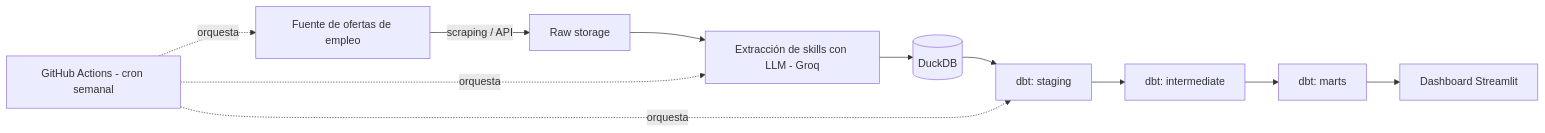
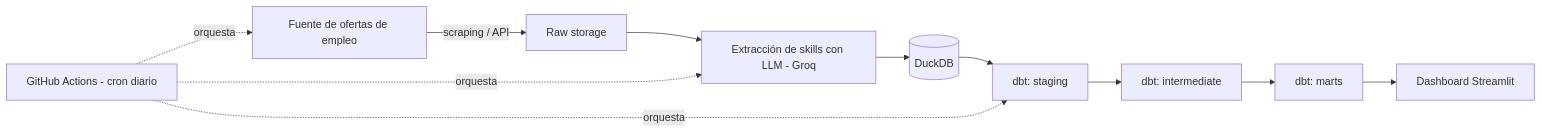
The diagram in docs/architecture.md (maar11-dev/DevRadar), drawn with Mermaid before and after one commit. The commit also changed other lines of this file and 7 other files, not shown here.

````diff
--- a/docs/architecture.md
+++ b/docs/architecture.md
@@ -9,13 +9,13 @@
 ```mermaid
 flowchart LR
     A[Fuente de ofertas de empleo] -->|scraping / API| B[Raw storage]
     B --> C[Extracción de skills con LLM - Groq]
     C --> D[(DuckDB)]
     D --> E[dbt: staging]
     E --> F[dbt: intermediate]
     F --> G[dbt: marts]
     G --> H[Dashboard Streamlit]
-    I[GitHub Actions - cron semanal] -.orquesta.-> A
+    I[GitHub Actions - cron diario] -.orquesta.-> A
     I -.orquesta.-> C
     I -.orquesta.-> E
 ```
````
